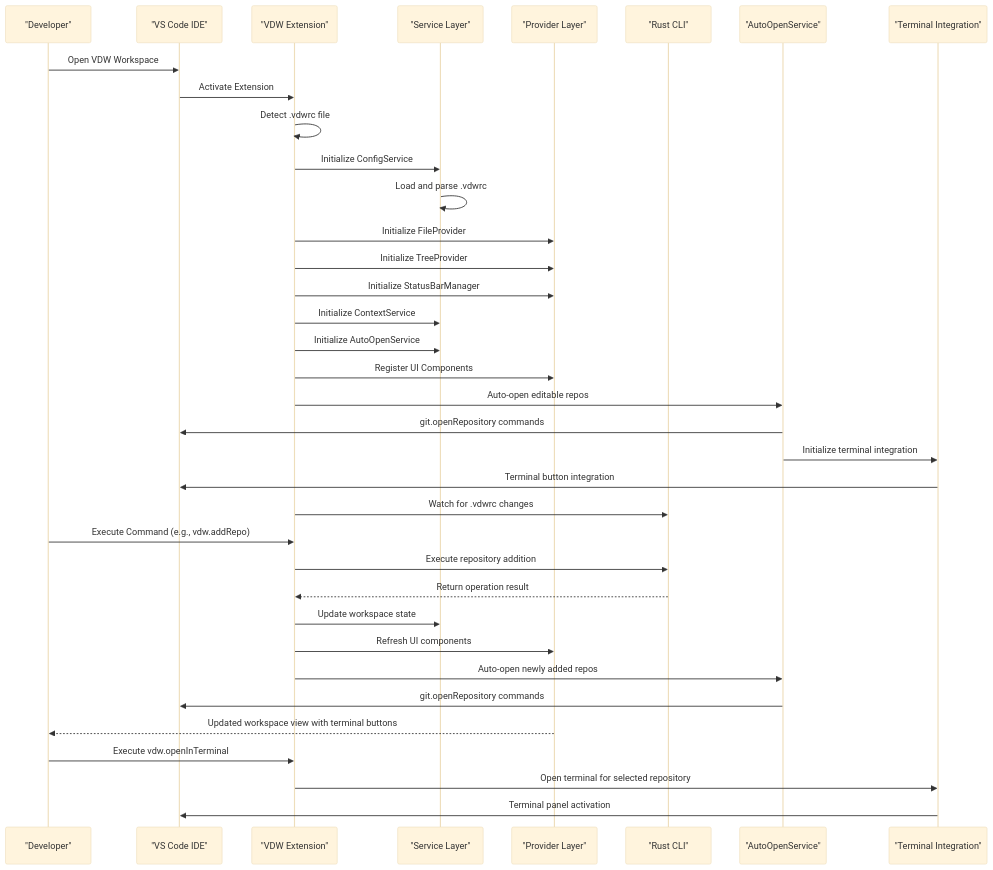
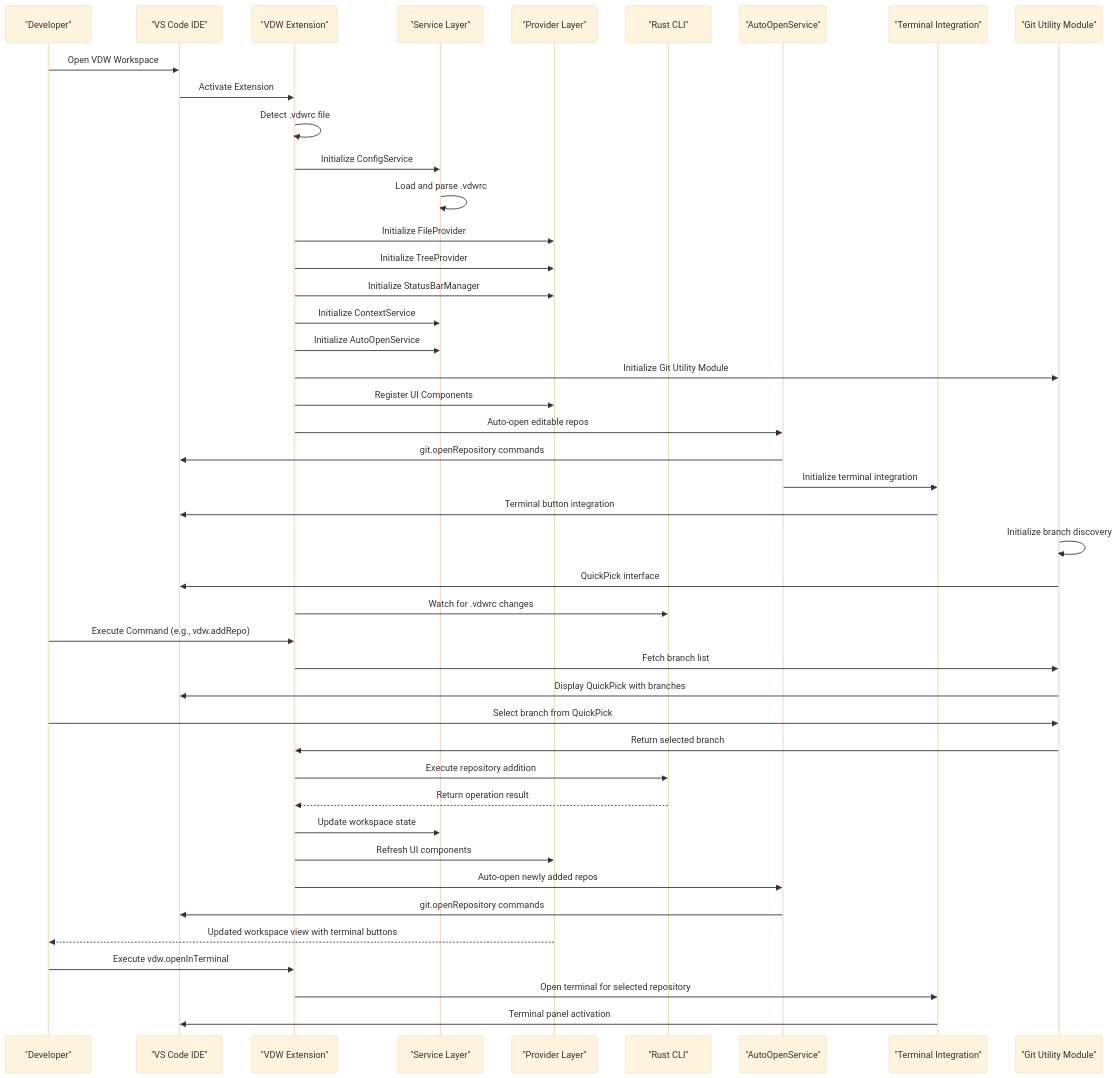
The second of 6 diagrams in .qoder/repowiki/en/content/Core Features Documentation/VS Code Plugin Bridge & IDE Integration.md (HWH-2019/vdw), drawn with Mermaid (base theme) before and after one commit. The commit also changed other lines of this file and 4 other files, not shown here.

````diff
--- a/.qoder/repowiki/en/content/Core Features Documentation/VS Code Plugin Bridge & IDE Integration.md
+++ b/.qoder/repowiki/en/content/Core Features Documentation/VS Code Plugin Bridge & IDE Integration.md
@@ -215,38 +230,46 @@
 ```mermaid
 sequenceDiagram
 participant User as "Developer"
 participant VSCode as "VS Code IDE"
 participant Extension as "VDW Extension"
 participant Services as "Service Layer"
 participant Providers as "Provider Layer"
 participant CLI as "Rust CLI"
 participant AutoOpen as "AutoOpenService"
 participant Terminal as "Terminal Integration"
+participant GitUtil as "Git Utility Module"
 User->>VSCode : Open VDW Workspace
 VSCode->>Extension : Activate Extension
 Extension->>Extension : Detect .vdwrc file
 Extension->>Services : Initialize ConfigService
 Services->>Services : Load and parse .vdwrc
 Extension->>Providers : Initialize FileProvider
 Extension->>Providers : Initialize TreeProvider
 Extension->>Providers : Initialize StatusBarManager
 Extension->>Services : Initialize ContextService
 Extension->>Services : Initialize AutoOpenService
+Extension->>GitUtil : Initialize Git Utility Module
 Extension->>Providers : Register UI Components
 Extension->>AutoOpen : Auto-open editable repos
 AutoOpen->>VSCode : git.openRepository commands
 AutoOpen->>Terminal : Initialize terminal integration
 Terminal->>VSCode : Terminal button integration
+GitUtil->>GitUtil : Initialize branch discovery
+GitUtil->>VSCode : QuickPick interface
 Extension->>CLI : Watch for .vdwrc changes
 User->>Extension : Execute Command (e.g., vdw.addRepo)
+Extension->>GitUtil : Fetch branch list
+GitUtil->>VSCode : Display QuickPick with branches
+User->>GitUtil : Select branch from QuickPick
+GitUtil->>Extension : Return selected branch
 Extension->>CLI : Execute repository addition
 CLI-->>Extension : Return operation result
 Extension->>Services : Update workspace state
 Extension->>Providers : Refresh UI components
 Extension->>AutoOpen : Auto-open newly added repos
 AutoOpen->>VSCode : git.openRepository commands
 Providers-->>User : Updated workspace view with terminal buttons
 User->>Extension : Execute vdw.openInTerminal
 Extension->>Terminal : Open terminal for selected repository
 Terminal->>VSCode : Terminal panel activation
 ```
````
